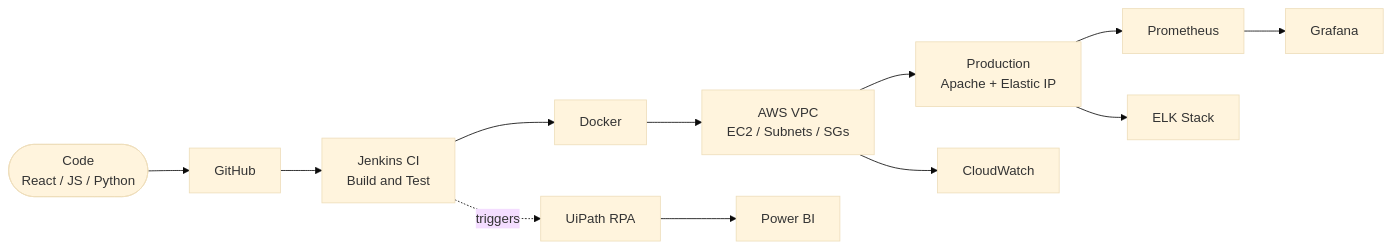
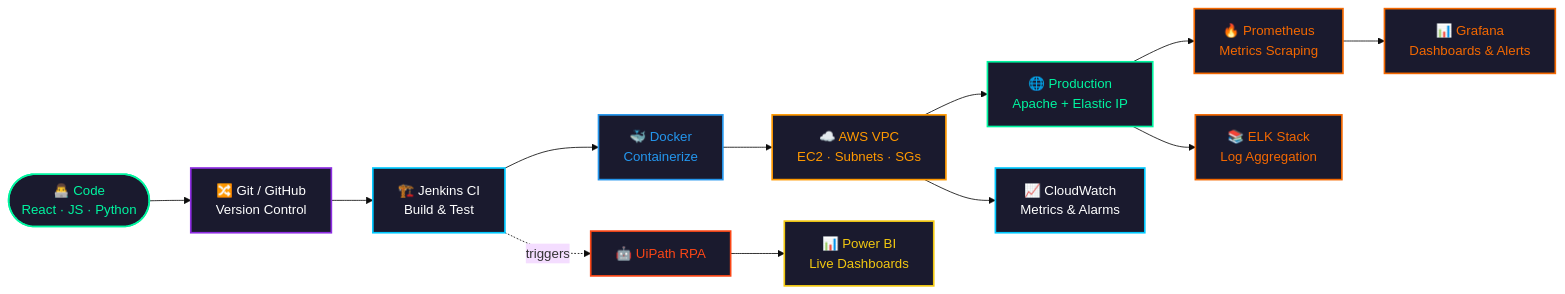
Before and after one commit to psgaikwad2003/psgaikwad2003: the diagram in README.md, drawn with Mermaid (base theme). The commit also changed other lines of this file, not shown here.

````diff
--- a/README.md
+++ b/README.md
@@ -164,14 +75,25 @@
 ```mermaid
 flowchart LR
-    A(["Code<br/>React / JS / Python"]) --> B["GitHub"]
-    B --> C["Jenkins CI<br/>Build and Test"]
-    C --> D["Docker"]
-    D --> E["AWS VPC<br/>EC2 / Subnets / SGs"]
-    E --> F["Production<br/>Apache + Elastic IP"]
-    E --> G["CloudWatch"]
-    F --> J["Prometheus"]
-    J --> K["Grafana"]
-    F --> L["ELK Stack"]
-    C -.triggers.-> H["UiPath RPA"]
-    H --> I["Power BI"]
+    A(["👨‍💻 Code<br/>React · JS · Python"]):::dev --> B["🔀 Git / GitHub<br/>Version Control"]:::scm
+    B --> C["🏗️ Jenkins CI<br/>Build &amp; Test"]:::ci
+    C --> D["🐳 Docker<br/>Containerize"]:::docker
+    D --> E["☁️ AWS VPC<br/>EC2 · Subnets · SGs"]:::cloud
+    E --> F["🌐 Production<br/>Apache + Elastic IP"]:::prod
+    E --> G["📈 CloudWatch<br/>Metrics &amp; Alarms"]:::mon
+    F --> J["🔥 Prometheus<br/>Metrics Scraping"]:::obs
+    J --> K["📊 Grafana<br/>Dashboards &amp; Alerts"]:::obs
+    F --> L["📚 ELK Stack<br/>Log Aggregation"]:::obs
+    H["🤖 UiPath RPA"]:::rpa --> I["📊 Power BI<br/>Live Dashboards"]:::bi
+    C -.triggers.-> H
+
+    classDef dev fill:#1a1a2e,stroke:#00F5A0,color:#00F5A0,stroke-width:2px
+    classDef scm fill:#1a1a2e,stroke:#8E2DE2,color:#fff,stroke-width:2px
+    classDef ci fill:#1a1a2e,stroke:#00C9FF,color:#fff,stroke-width:2px
+    classDef docker fill:#1a1a2e,stroke:#2496ED,color:#2496ED,stroke-width:2px
+    classDef cloud fill:#1a1a2e,stroke:#FF9900,color:#FF9900,stroke-width:2px
+    classDef prod fill:#1a1a2e,stroke:#00F5A0,color:#00F5A0,stroke-width:2px
+    classDef mon fill:#1a1a2e,stroke:#00C9FF,color:#fff,stroke-width:2px
+    classDef obs fill:#1a1a2e,stroke:#F46800,color:#F46800,stroke-width:2px
+    classDef rpa fill:#1a1a2e,stroke:#FA4616,color:#FA4616,stroke-width:2px
+    classDef bi fill:#1a1a2e,stroke:#F2C811,color:#F2C811,stroke-width:2px
 ```
````
